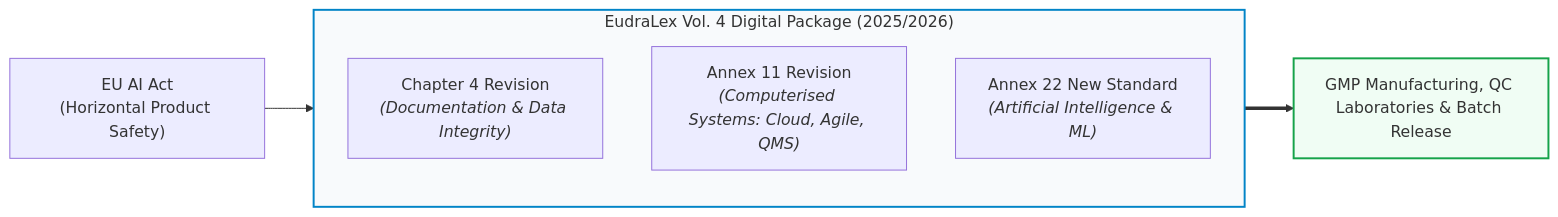
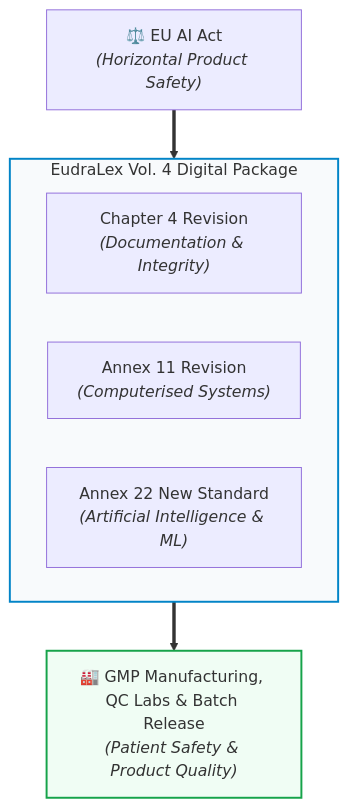
Before and after one commit to Lunaman06/Annex22: the first of 2 diagrams in docs/en/00_overview.md, drawn with Mermaid. The commit also changed other lines of this file and 29 other files, not shown here.

Commit message:
style(docs): optimize mermaid diagram aspect ratios, edge flows and legibility across all DE and EN modules

````diff
--- a/docs/en/00_overview.md
+++ b/docs/en/00_overview.md
@@ -27,15 +27,19 @@
 ```mermaid
-graph LR
-    subgraph DigitalPackage["EudraLex Vol. 4 Digital Package (2025/2026)"]
-        direction TB
-        P1["Chapter 4 Revision<br/><i>(Documentation & Data Integrity)</i>"]
-        P2["Annex 11 Revision<br/><i>(Computerised Systems: Cloud, Agile, QMS)</i>"]
+flowchart TD
+    A["⚖️ EU AI Act<br/><i>(Horizontal Product Safety)</i>"]
+
+    subgraph DigitalPackage["EudraLex Vol. 4 Digital Package"]
+        direction LR
+        P1["Chapter 4 Revision<br/><i>(Documentation & Integrity)</i>"]
+        P2["Annex 11 Revision<br/><i>(Computerised Systems)</i>"]
         P3["Annex 22 New Standard<br/><i>(Artificial Intelligence & ML)</i>"]
     end
 
-    A["EU AI Act<br/>(Horizontal Product Safety)"] --> DigitalPackage
-    DigitalPackage ==> D["GMP Manufacturing, QC Laboratories & Batch Release"]
+    D["🏭 GMP Manufacturing, QC Labs & Batch Release<br/><i>(Patient Safety & Product Quality)</i>"]
+
+    A ==> DigitalPackage
+    DigitalPackage ==> D
 
     style DigitalPackage fill:#f8fafc,stroke:#0284c7,stroke-width:2px
     style D fill:#f0fdf4,stroke:#16a34a,stroke-width:2px
 ```
````
